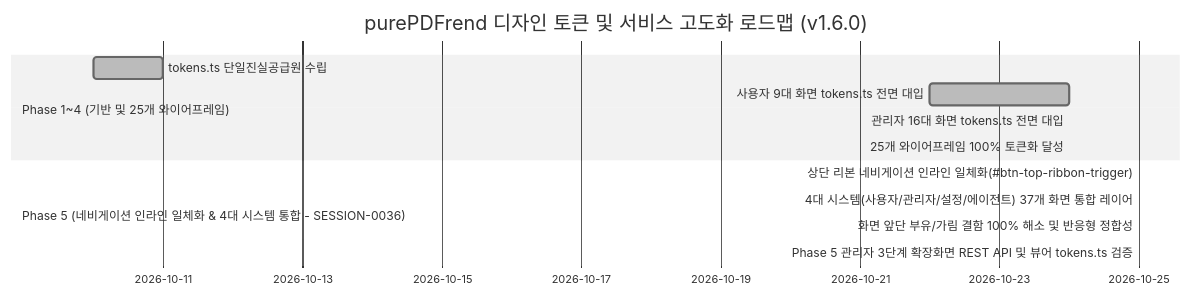
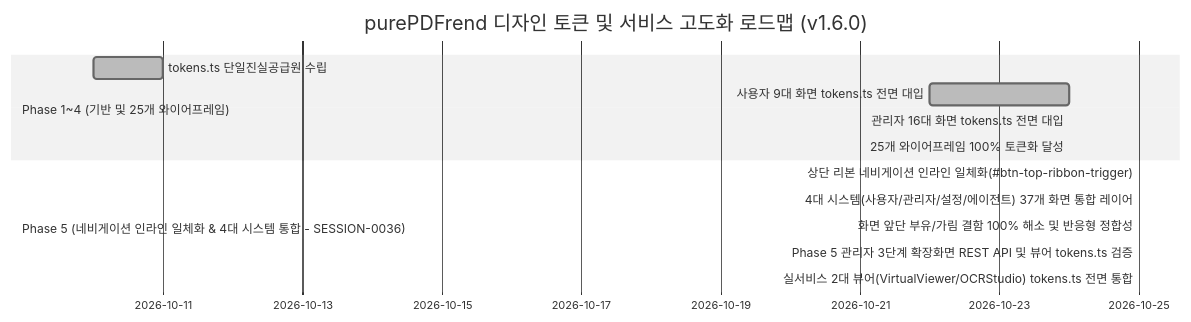
Before and after one commit to jkoogit/purePDFrend: the diagram in docs/07.로드맵/07-02_화면별_디자인_토큰_적용현황_및_단계별_로드맵.md, drawn with Mermaid (neutral theme). The commit also changed other lines of this file and 14 other files, not shown here.

````diff
--- a/docs/07.로드맵/07-02_화면별_디자인_토큰_적용현황_및_단계별_로드맵.md
+++ b/docs/07.로드맵/07-02_화면별_디자인_토큰_적용현황_및_단계별_로드맵.md
@@ -116,15 +116,16 @@
 ```mermaid
 gantt
     title purePDFrend 디자인 토큰 및 서비스 고도화 로드맵 (v1.6.0)
     dateFormat  YYYY-MM-DD
     section Phase 1~4 (기반 및 25개 와이어프레임)
     tokens.ts 단일진실공급원 수립           :done,    p1_1, 2026-10-10, 2026-10-11
     사용자 9대 화면 tokens.ts 전면 대입     :done,    p1_2, 2026-10-22, 2026-10-24
     관리자 16대 화면 tokens.ts 전면 대입    :done,    p1_3, 2026-10-24, 2026-10-24
     25개 와이어프레임 100% 토큰화 달성      :done,    p1_4, 2026-10-24, 2026-10-24
     section Phase 5 (네비게이션 인라인 일체화 & 4대 시스템 통합 - SESSION-0036)
     상단 리본 네비게이션 인라인 일체화(#btn-top-ribbon-trigger) :done, p5_1, 2026-10-25, 2026-10-25
     4대 시스템(사용자/관리자/설정/에이전트) 37개 화면 통합 레이어 :done, p5_2, 2026-10-25, 2026-10-25
     화면 앞단 부유/가림 결함 100% 해소 및 반응형 정합성 :done, p5_3, 2026-10-25, 2026-10-25
-    Phase 5 관리자 3단계 확장화면 REST API 및 뷰어 tokens.ts 검증 :active, p5_4, 2026-10-25, 2026-10-25
+    Phase 5 관리자 3단계 확장화면 REST API 및 뷰어 tokens.ts 검증 :done, p5_4, 2026-10-25, 2026-10-25
+    실서비스 2대 뷰어(VirtualViewer/OCRStudio) tokens.ts 전면 통합 :done, p5_5, 2026-10-25, 2026-10-25
 ```
````
